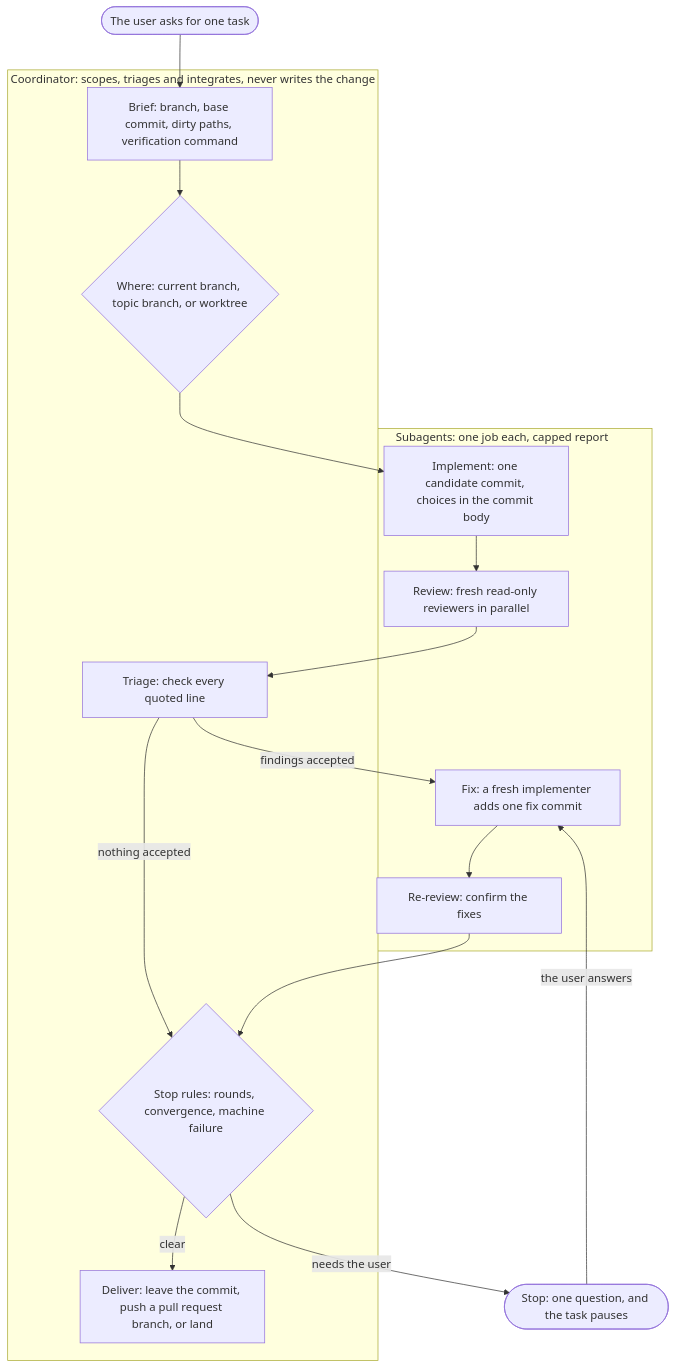
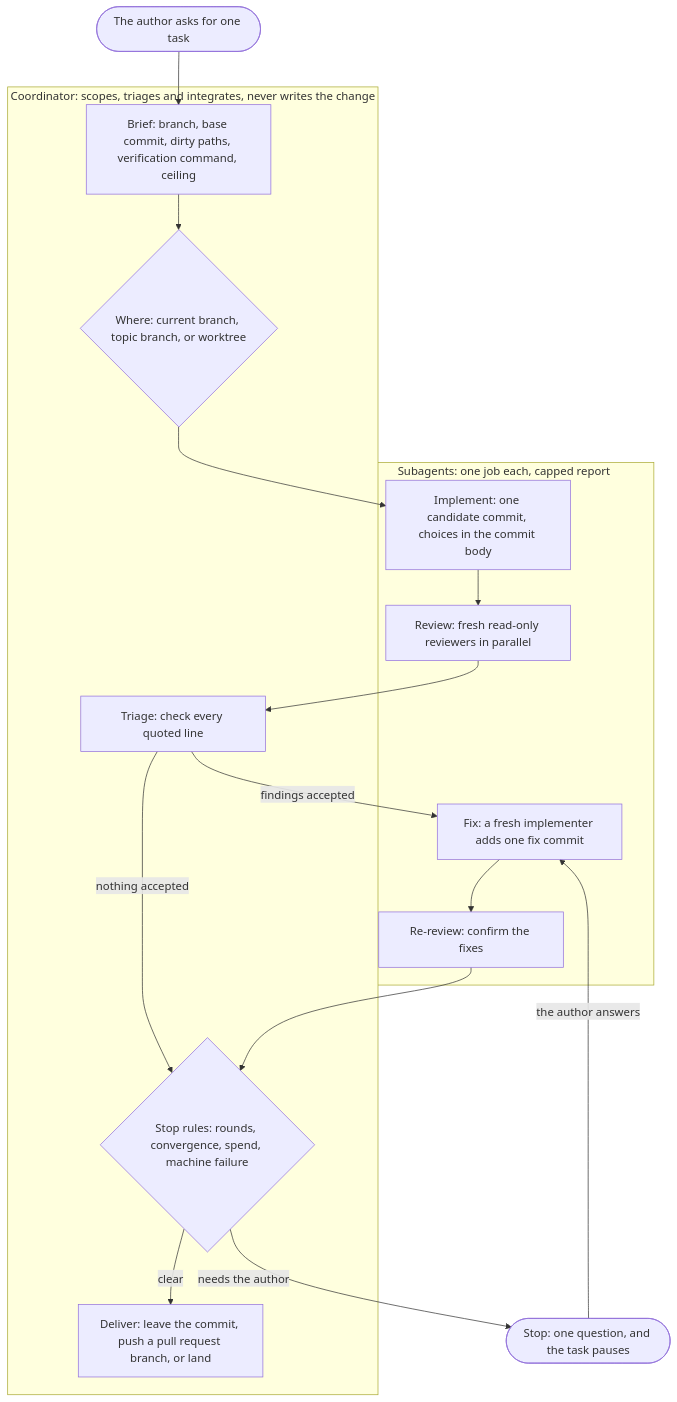
The diagram in docs/orchestration.md (glin/skills), drawn with Mermaid before and after one commit. The commit also changed other lines of this file and 2 other files, not shown here.

````diff
--- a/docs/orchestration.md
+++ b/docs/orchestration.md
@@ -26,26 +48,26 @@
 ```mermaid
 flowchart TD
-    start([The user asks for one task]) --> brief
+    start([The author asks for one task]) --> brief
 
     subgraph coord [Coordinator: scopes, triages and integrates, never writes the change]
-        brief[Brief: branch, base commit, dirty paths, verification command]
+        brief[Brief: branch, base commit, dirty paths, verification command, ceiling]
         tree{Where: current branch, topic branch, or worktree}
         triage[Triage: check every quoted line]
-        gate{Stop rules: rounds, convergence, machine failure}
+        gate{Stop rules: rounds, convergence, spend, machine failure}
         deliver[Deliver: leave the commit, push a pull request branch, or land]
     end
 
     subgraph units [Subagents: one job each, capped report]
         impl[Implement: one candidate commit, choices in the commit body]
         rev[Review: fresh read-only reviewers in parallel]
         fix[Fix: a fresh implementer adds one fix commit]
         rerev[Re-review: confirm the fixes]
     end
 
     brief --> tree --> impl --> rev --> triage
     triage -->|findings accepted| fix --> rerev --> gate
     triage -->|nothing accepted| gate
     gate -->|clear| deliver
-    gate -->|needs the user| ask([Stop: one question, and the task pauses])
-    ask -->|the user answers| fix
+    gate -->|needs the author| ask([Stop: one question, and the task pauses])
+    ask -->|the author answers| fix
 ```
````
